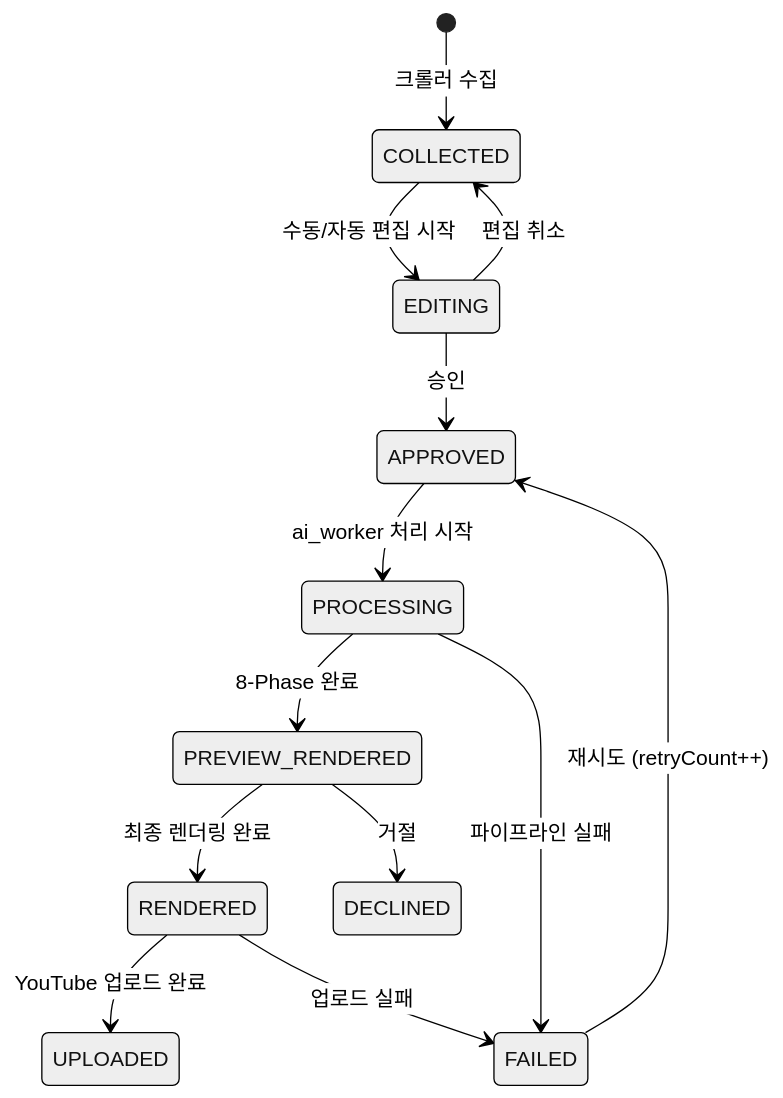
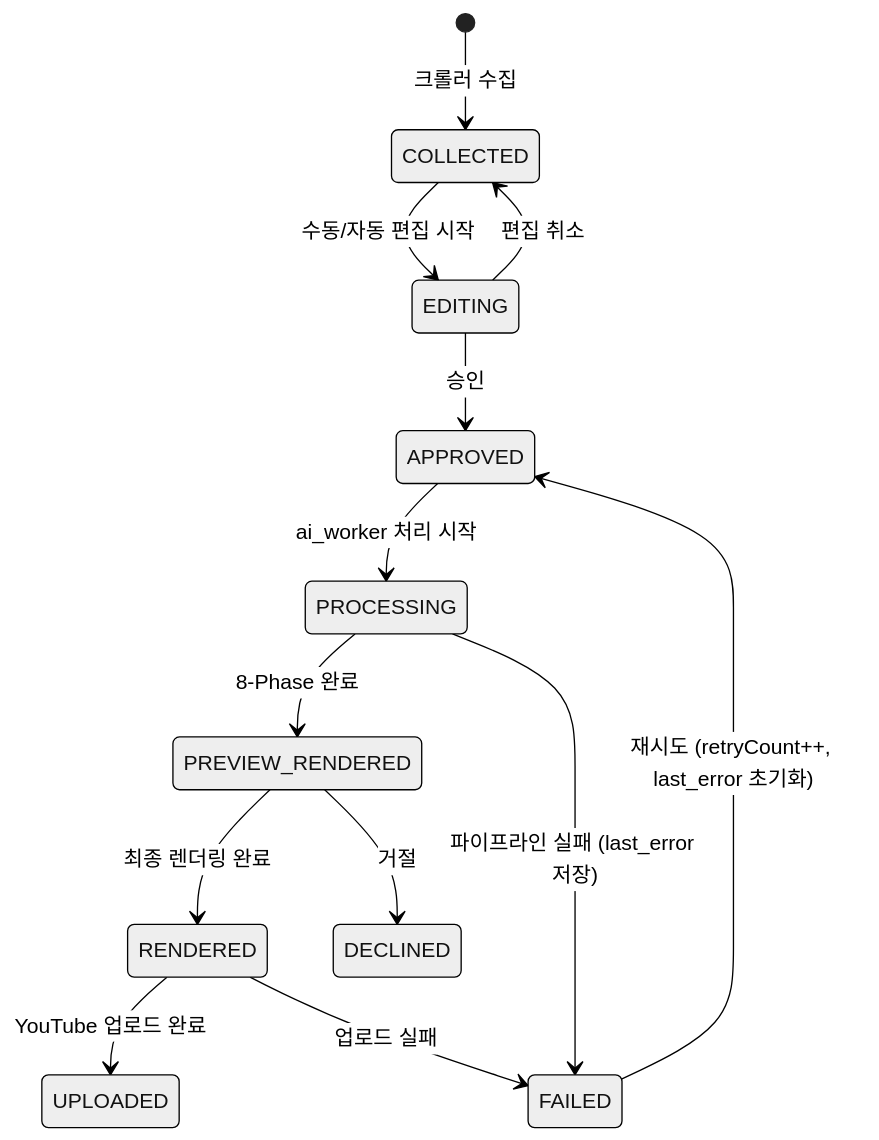
The third of 4 diagrams in docs/architecture.md (Justant-source/WaggleBot), drawn with Mermaid (neutral theme) before and after one commit. The commit also changed other lines of this file and 6 other files, not shown here.

````diff
--- a/docs/architecture.md
+++ b/docs/architecture.md
@@ -109,15 +110,15 @@
 ```mermaid
 stateDiagram-v2
     [*] --> COLLECTED : 크롤러 수집
     COLLECTED --> EDITING : 수동/자동 편집 시작
     EDITING --> APPROVED : 승인
     EDITING --> COLLECTED : 편집 취소
     APPROVED --> PROCESSING : ai_worker 처리 시작
     PROCESSING --> PREVIEW_RENDERED : 8-Phase 완료
     PREVIEW_RENDERED --> RENDERED : 최종 렌더링 완료
     PREVIEW_RENDERED --> DECLINED : 거절
     RENDERED --> UPLOADED : YouTube 업로드 완료
     RENDERED --> FAILED : 업로드 실패
-    PROCESSING --> FAILED : 파이프라인 실패
-    FAILED --> APPROVED : 재시도 (retryCount++)
+    PROCESSING --> FAILED : 파이프라인 실패 (last_error 저장)
+    FAILED --> APPROVED : 재시도 (retryCount++, last_error 초기화)
 ```
````
